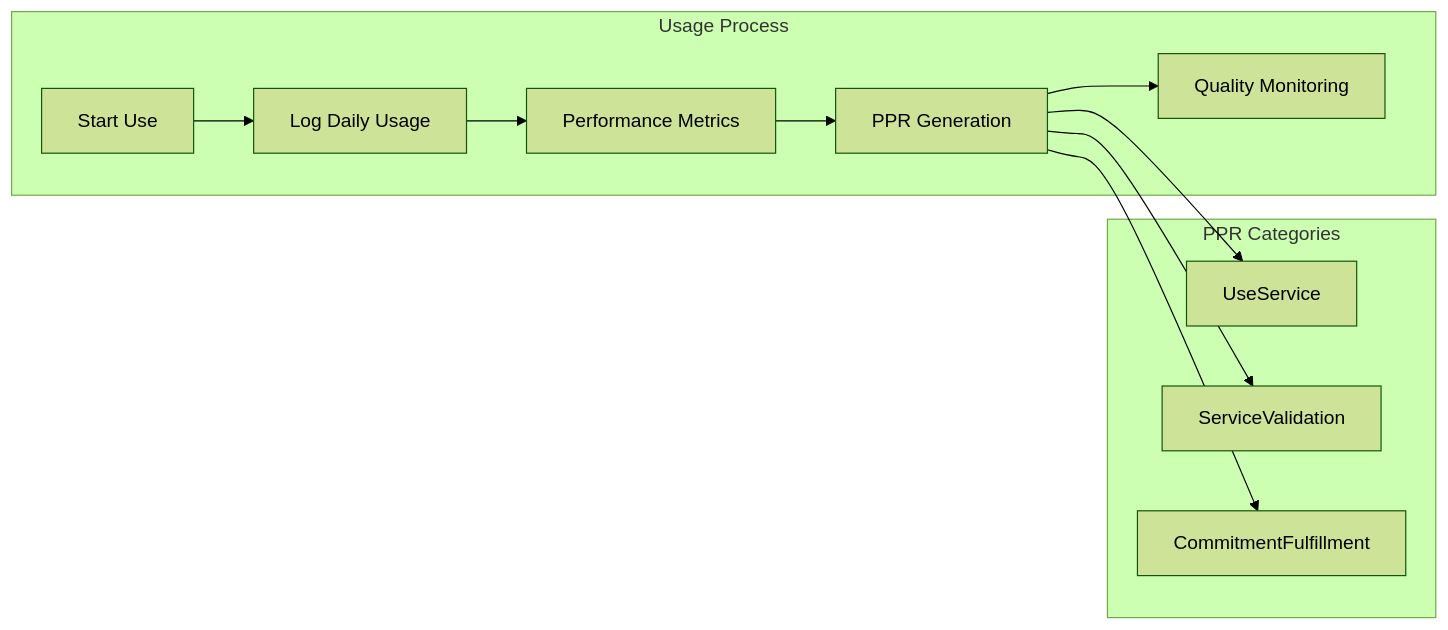
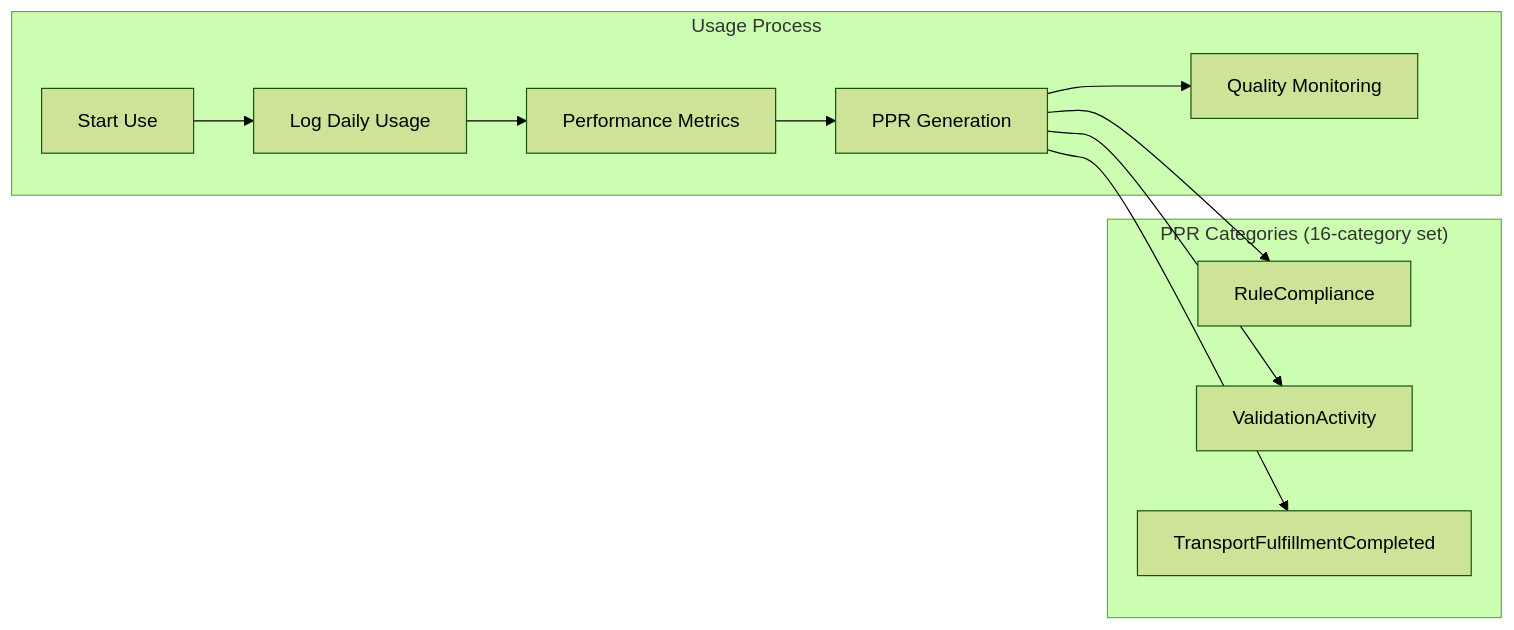
Before and after one commit to Sensorica/nondominium: the seventh of 11 diagrams in documentation/Applications/user-story/user-story-ERP-bridge.md, drawn with Mermaid (forest theme). The commit also changed other lines of this file and 99 other files, not shown here.

````diff
--- a/documentation/Applications/user-story/user-story-ERP-bridge.md
+++ b/documentation/Applications/user-story/user-story-ERP-bridge.md
@@ -209,19 +226,19 @@
 ```mermaid
 graph LR
     subgraph "Usage Process"
         A[Start Use] --> B[Log Daily Usage]
         B --> C[Performance Metrics]
         C --> D[PPR Generation]
         D --> E[Quality Monitoring]
     end
 
-    subgraph "PPR Categories"
-        F[UseService]
-        G[ServiceValidation]
-        H[CommitmentFulfillment]
+    subgraph "PPR Categories (16-category set)"
+        F[RuleCompliance]
+        G[ValidationActivity]
+        H[TransportFulfillmentCompleted]
     end
 
     D --> F
     D --> G
     D --> H
 ```
````
